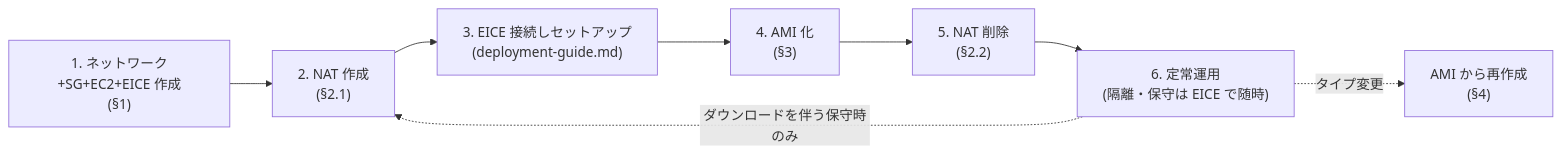
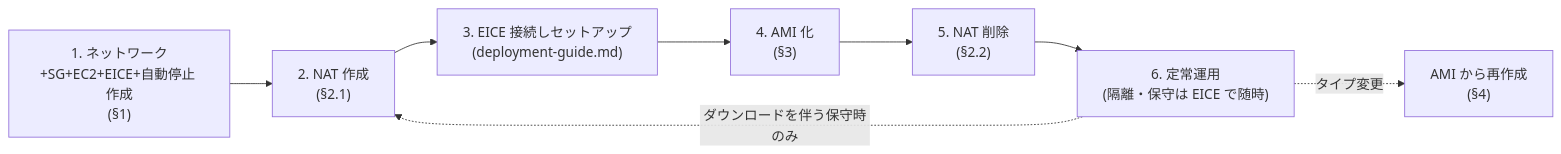
One commit to irimura/rag-system changed the second of 2 diagrams in docs/aws-provisioning.md. Above: the diagram before and after it, drawn with Mermaid. The commit also changed other lines of this file, not shown here.

````diff
--- a/docs/aws-provisioning.md
+++ b/docs/aws-provisioning.md
@@ -461,10 +528,10 @@
 ```mermaid
 flowchart LR
-    N["1. ネットワーク+SG+EC2+EICE 作成<br/>(§1)"] --> NAT1["2. NAT 作成<br/>(§2.1)"]
+    N["1. ネットワーク+SG+EC2+EICE+自動停止 作成<br/>(§1)"] --> NAT1["2. NAT 作成<br/>(§2.1)"]
     NAT1 --> S["3. EICE 接続しセットアップ<br/>(deployment-guide.md)"]
     S --> AMI["4. AMI 化<br/>(§3)"]
     AMI --> NAT2["5. NAT 削除<br/>(§2.2)"]
     NAT2 --> RUN["6. 定常運用<br/>(隔離・保守は EICE で随時)"]
     RUN -.->|"ダウンロードを伴う保守時のみ"| NAT1
     RUN -.->|"タイプ変更"| CH["AMI から再作成<br/>(§4)"]
 ```
````
